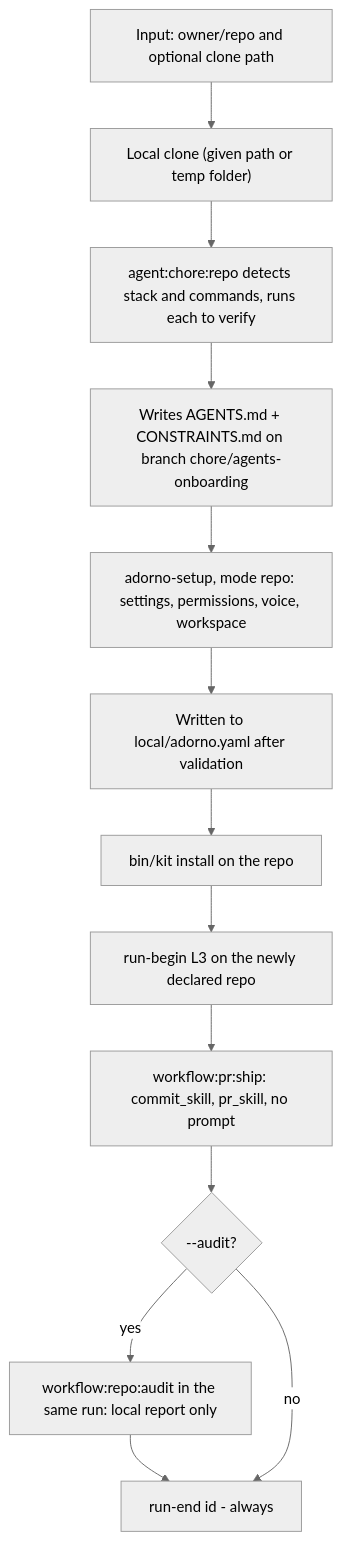
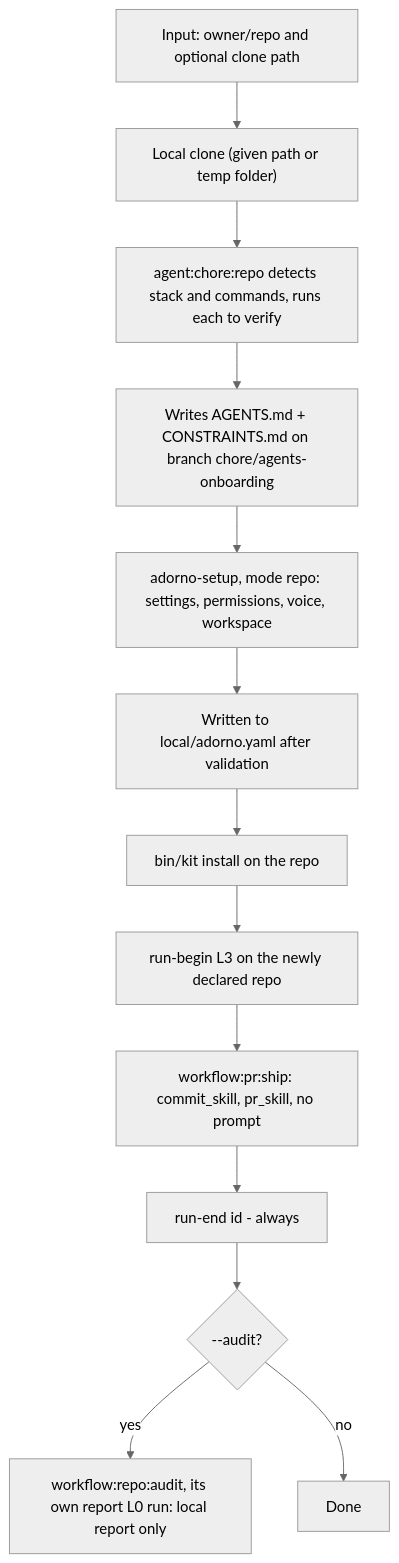
The first of 2 diagrams in src/workflows/repo/SCHEMA.md (nicolasmondain/adorno), drawn with Mermaid (neutral theme) before and after one commit. The commit also changed other lines of this file and 16 other files, not shown here.

First line of the commit message:
fix(workflows): run repo:audit in its own L0 run

````diff
--- a/src/workflows/repo/SCHEMA.md
+++ b/src/workflows/repo/SCHEMA.md
@@ -5,18 +5,19 @@
 ```mermaid
 flowchart TD
   IN["Input: owner/repo and optional clone path"]
   CL["Local clone (given path or temp folder)"]
   AG["agent:chore:repo detects stack and commands, runs each to verify"]
   BR["Writes AGENTS.md + CONSTRAINTS.md on branch chore/agents-onboarding"]
   SU["adorno-setup, mode repo: settings, permissions, voice, workspace"]
   LY["Written to local/adorno.yaml after validation"]
   KI["bin/kit install on the repo"]
   RB["run-begin L3 on the newly declared repo"]
   SH["workflow:pr:ship: commit_skill, pr_skill, no prompt"]
   AU{"--audit?"}
-  RA["workflow:repo:audit in the same run: local report only"]
   RE["run-end id - always"]
-  IN --> CL --> AG --> BR --> SU --> LY --> KI --> RB --> SH --> AU
-  AU -->|yes| RA --> RE
-  AU -->|no| RE
+  RA["workflow:repo:audit, its own report L0 run: local report only"]
+  DONE["Done"]
+  IN --> CL --> AG --> BR --> SU --> LY --> KI --> RB --> SH --> RE --> AU
+  AU -->|yes| RA
+  AU -->|no| DONE
 ```
````
